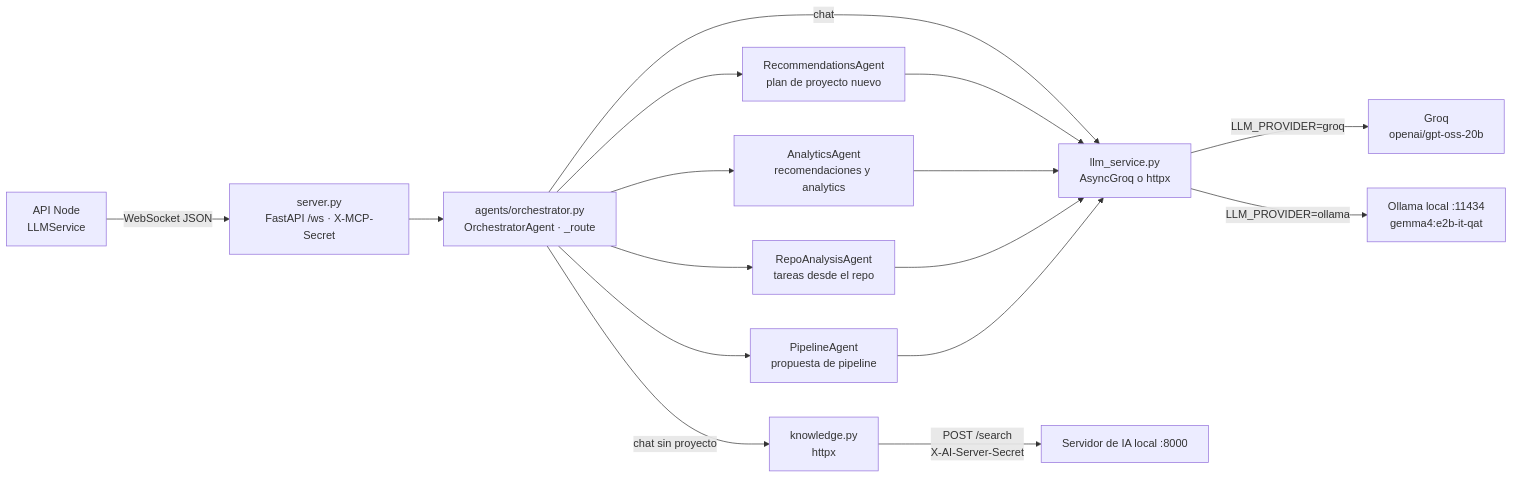
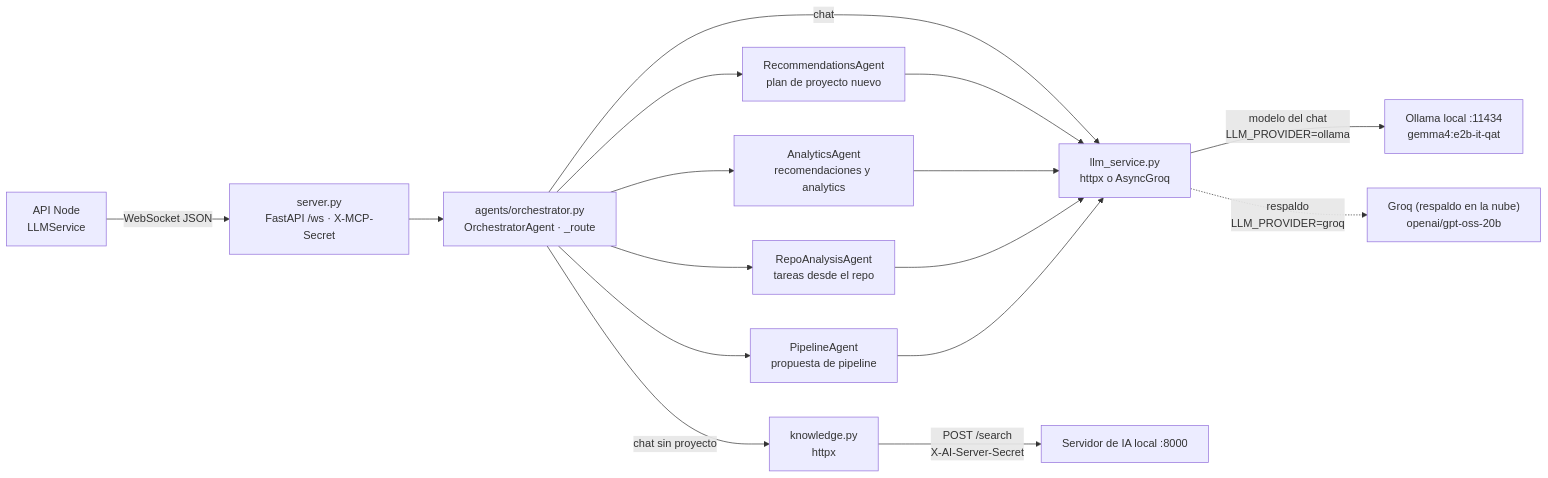
Before and after one commit to PabloP150/proyecto-is-cc6: the third of 3 diagrams in documentacion/02-arquitectura/00-capas-del-codigo.md, drawn with Mermaid. The commit also changed other lines of this file and 78 other files, not shown here.

First line of the commit message:
docs: present the local model (Gemma 4 on Ollama) as TaskMate's AI and Groq as the cloud fallback

````diff
--- a/documentacion/02-arquitectura/00-capas-del-codigo.md
+++ b/documentacion/02-arquitectura/00-capas-del-codigo.md
@@ -89,30 +89,30 @@
 ```mermaid
 flowchart LR
     node["API Node<br/>LLMService"]
     srv["server.py<br/>FastAPI /ws · X-MCP-Secret"]
     orch["agents/orchestrator.py<br/>OrchestratorAgent · _route"]
     rec["RecommendationsAgent<br/>plan de proyecto nuevo"]
     ana["AnalyticsAgent<br/>recomendaciones y analytics"]
     repo["RepoAnalysisAgent<br/>tareas desde el repo"]
     pipe["PipelineAgent<br/>propuesta de pipeline"]
     kn["knowledge.py<br/>httpx"]
-    llm["llm_service.py<br/>AsyncGroq o httpx"]
-    groq["Groq<br/>openai/gpt-oss-20b"]
+    llm["llm_service.py<br/>httpx o AsyncGroq"]
+    groq["Groq (respaldo en la nube)<br/>openai/gpt-oss-20b"]
     oll["Ollama local :11434<br/>gemma4:e2b-it-qat"]
     ai["Servidor de IA local :8000"]
 
     node -->|"WebSocket JSON"| srv --> orch
     orch --> rec
     orch --> ana
     orch --> repo
     orch --> pipe
     orch -->|"chat"| llm
     orch -->|"chat sin proyecto"| kn
     kn -->|"POST /search<br/>X-AI-Server-Secret"| ai
     rec --> llm
     ana --> llm
     repo --> llm
     pipe --> llm
-    llm -->|"LLM_PROVIDER=groq"| groq
-    llm -->|"LLM_PROVIDER=ollama"| oll
+    llm -->|"modelo del chat<br/>LLM_PROVIDER=ollama"| oll
+    llm -.->|"respaldo<br/>LLM_PROVIDER=groq"| groq
 ```
````
